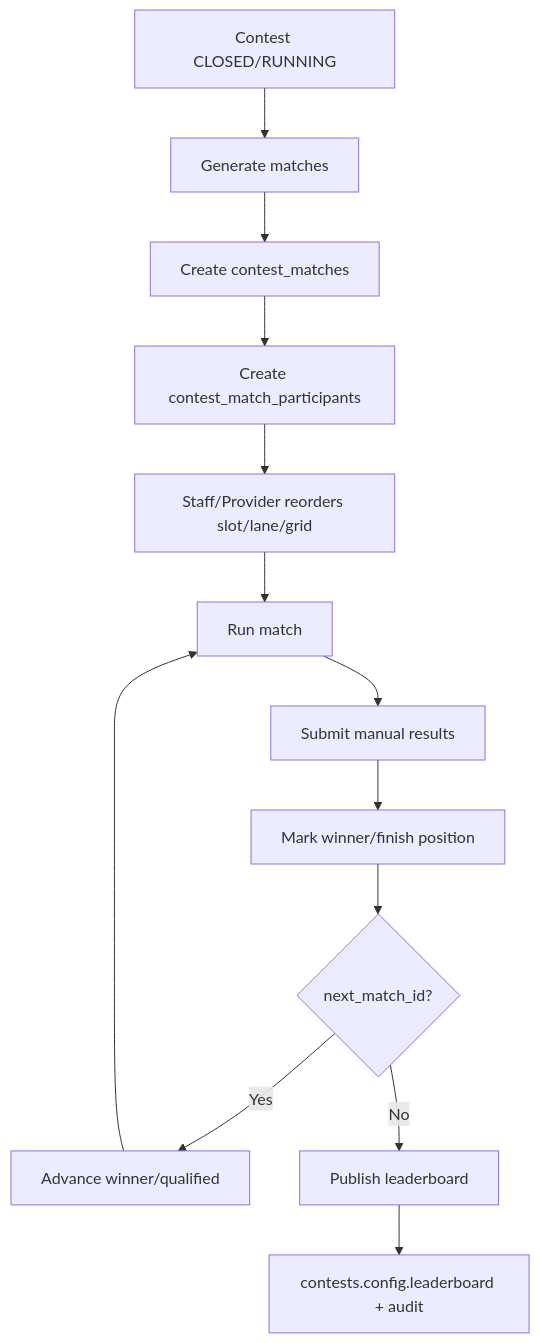
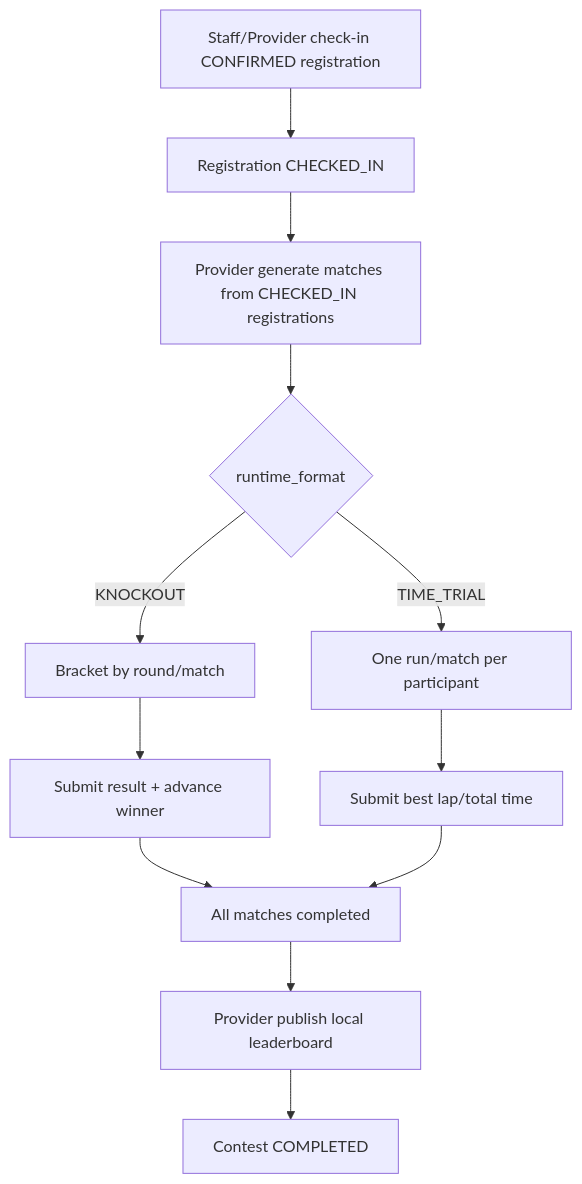
Before and after one commit to RCField-SEP490/rcfield-spec: the fifth of 6 diagrams in docs/architecture/03-contest.md, drawn with Mermaid. The commit also changed other lines of this file and 4 other files, not shown here.

First line of the commit message:
Refactor contest business rules documentation and add current backend vs requested flow analysis

````diff
--- a/docs/architecture/03-contest.md
+++ b/docs/architecture/03-contest.md
@@ -245,15 +180,14 @@
 ```mermaid
 flowchart TD
-    A[Contest CLOSED/RUNNING] --> B[Generate matches]
-    B --> C[Create contest_matches]
-    C --> D[Create contest_match_participants]
-    D --> E[Staff/Provider reorders slot/lane/grid]
-    E --> F[Run match]
-    F --> G[Submit manual results]
-    G --> H[Mark winner/finish position]
-    H --> I{next_match_id?}
-    I -->|Yes| J[Advance winner/qualified]
-    I -->|No| K[Publish leaderboard]
-    J --> F
-    K --> L[contests.config.leaderboard + audit]
+    A[Staff/Provider check-in CONFIRMED registration] --> B[Registration CHECKED_IN]
+    B --> C[Provider generate matches from CHECKED_IN registrations]
+    C --> D{runtime_format}
+    D -->|KNOCKOUT| E[Bracket by round/match]
+    D -->|TIME_TRIAL| F[One run/match per participant]
+    E --> G[Submit result + advance winner]
+    F --> H[Submit best lap/total time]
+    G --> I[All matches completed]
+    H --> I
+    I --> J[Provider publish local leaderboard]
+    J --> K[Contest COMPLETED]
 ```
````
